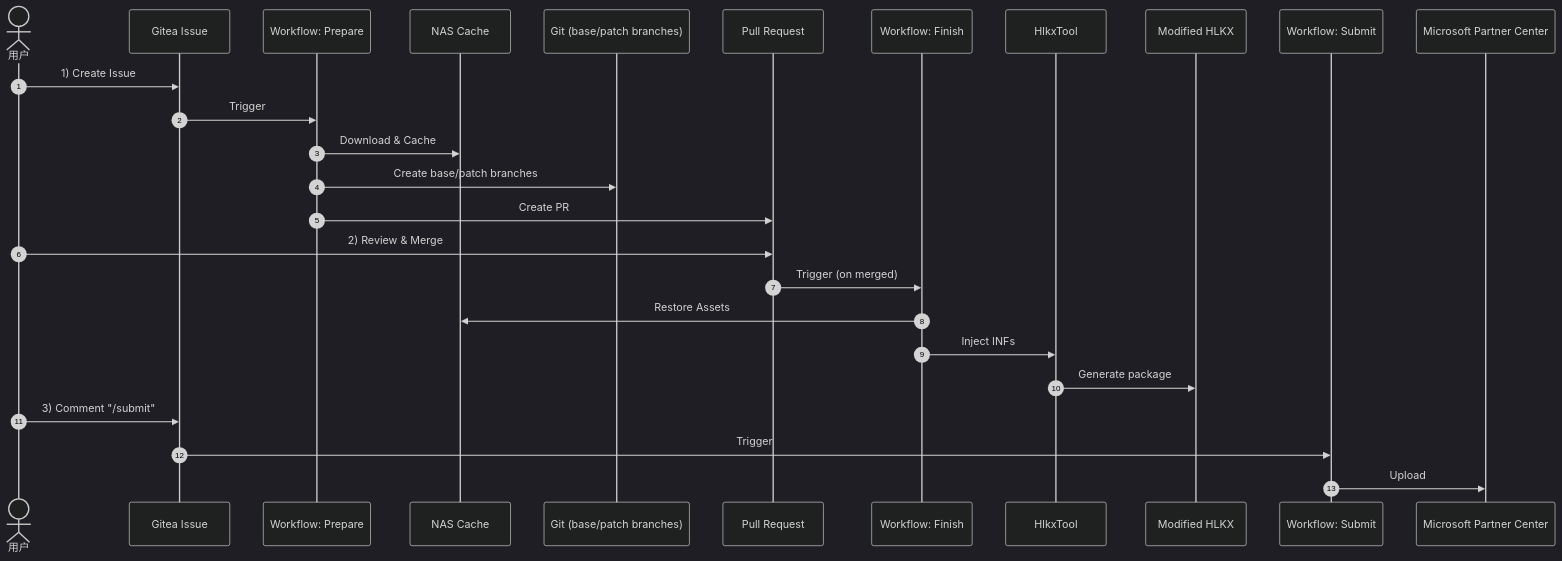
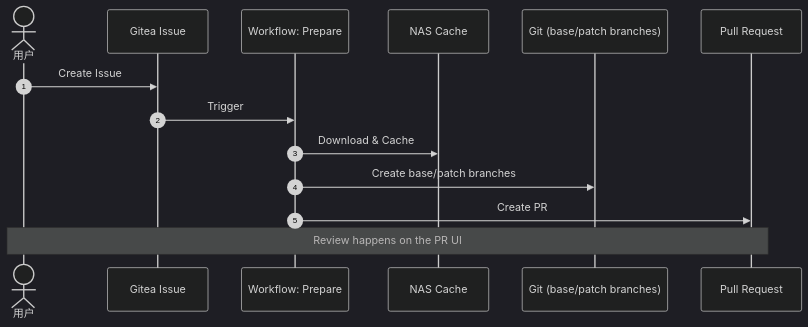
Before and after one commit to platformlabs-org/ops-repos: the first of 3 diagrams in dua/README.md, drawn with Mermaid (dark theme). The commit also changed other lines of this file, not shown here.

````diff
--- a/dua/README.md
+++ b/dua/README.md
@@ -53,31 +55,17 @@
 ```mermaid
 sequenceDiagram
     autonumber
     actor User as 用户
     participant Issue as Gitea Issue
     participant Prepare as Workflow: Prepare
     participant NAS as NAS Cache
     participant Git as Git (base/patch branches)
     participant PR as Pull Request
-    participant Finish as Workflow: Finish
-    participant HlkxTool as HlkxTool
-    participant HLKX as Modified HLKX
-    participant Submit as Workflow: Submit
-    participant PC as Microsoft Partner Center
 
-    User->>Issue: 1) Create Issue
+    User->>Issue: Create Issue
     Issue->>Prepare: Trigger
     Prepare->>NAS: Download & Cache
     Prepare->>Git: Create base/patch branches
     Prepare->>PR: Create PR
-
-    User->>PR: 2) Review & Merge
-    PR->>Finish: Trigger (on merged)
-    Finish->>NAS: Restore Assets
-    Finish->>HlkxTool: Inject INFs
-    HlkxTool->>HLKX: Generate package
-
-    User->>Issue: 3) Comment "/submit"
-    Issue->>Submit: Trigger
-    Submit->>PC: Upload
+    Note over User,PR: Review happens on the PR UI
 ```
````
